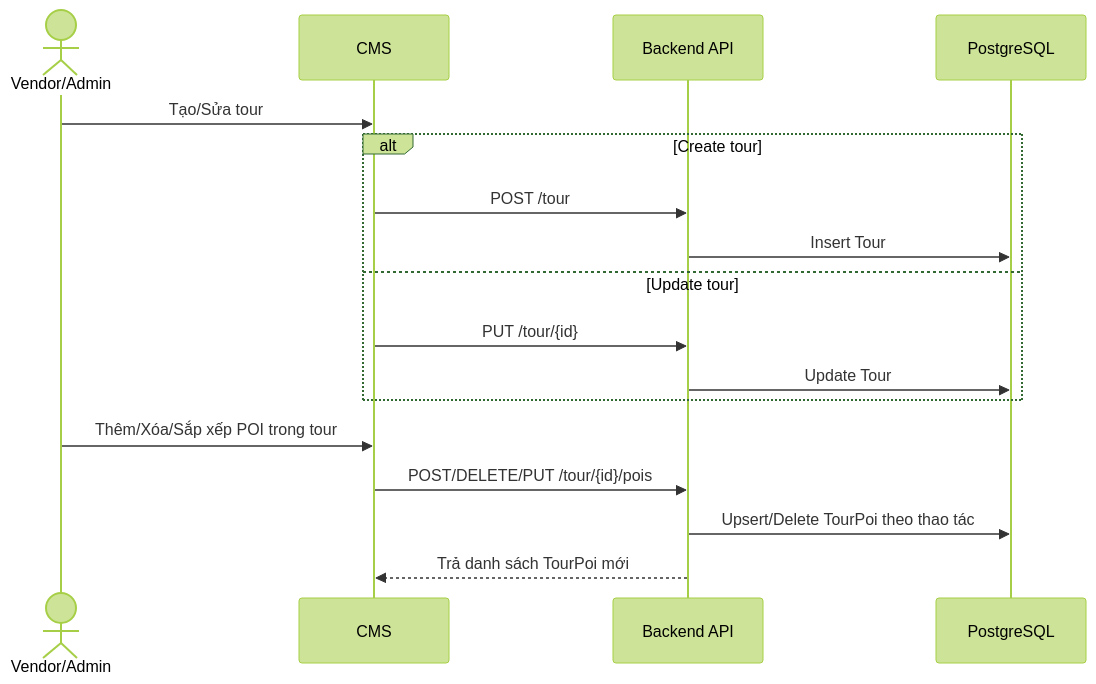
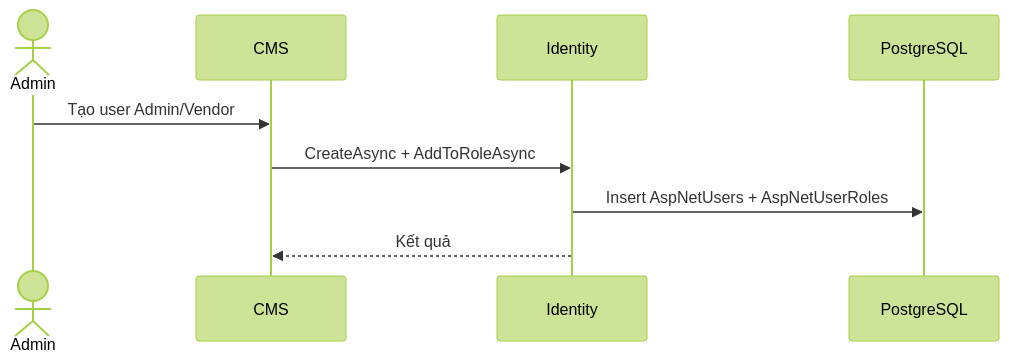
Diagram 16 of 41 in PRD_SmartTour.md (EricHoang28092k5/SmartTour), drawn with Mermaid (forest theme) before and after one commit. The commit also changed other lines of this file, not shown here.

````diff
--- a/PRD_SmartTour.md
+++ b/PRD_SmartTour.md
@@ -727,20 +672,11 @@
 ```mermaid
 sequenceDiagram
-    actor V as Vendor/Admin
+    actor U as Admin
     participant CMS as CMS
-    participant API as Backend API
+    participant ID as Identity
     participant DB as PostgreSQL
-
-    V->>CMS: Tạo/Sửa tour
-    alt Create tour
-        CMS->>API: POST /tour
-        API->>DB: Insert Tour
-    else Update tour
-        CMS->>API: PUT /tour/{id}
-        API->>DB: Update Tour
-    end
-    V->>CMS: Thêm/Xóa/Sắp xếp POI trong tour
-    CMS->>API: POST/DELETE/PUT /tour/{id}/pois
-    API->>DB: Upsert/Delete TourPoi theo thao tác
-    API-->>CMS: Trả danh sách TourPoi mới
+    U->>CMS: Tạo user Admin/Vendor
+    CMS->>ID: CreateAsync + AddToRoleAsync
+    ID->>DB: Insert AspNetUsers + AspNetUserRoles
+    ID-->>CMS: Kết quả
 ```
````
